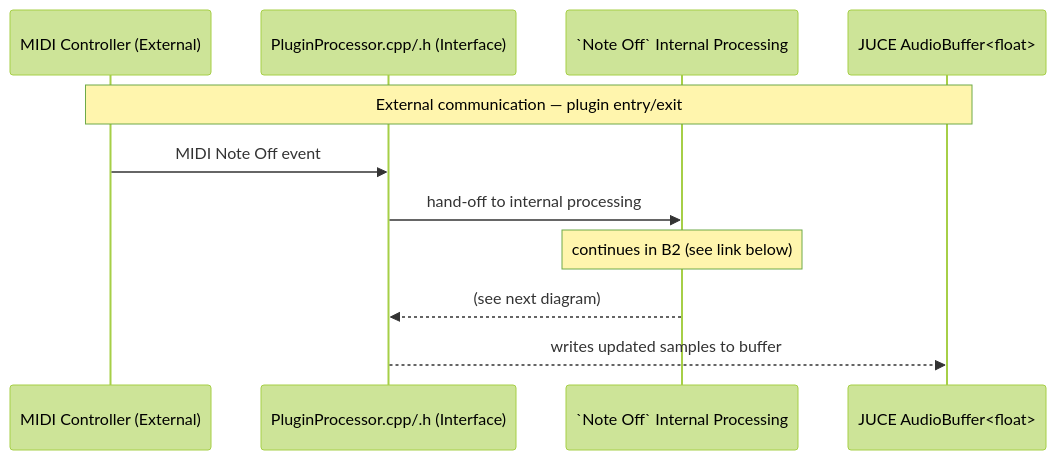
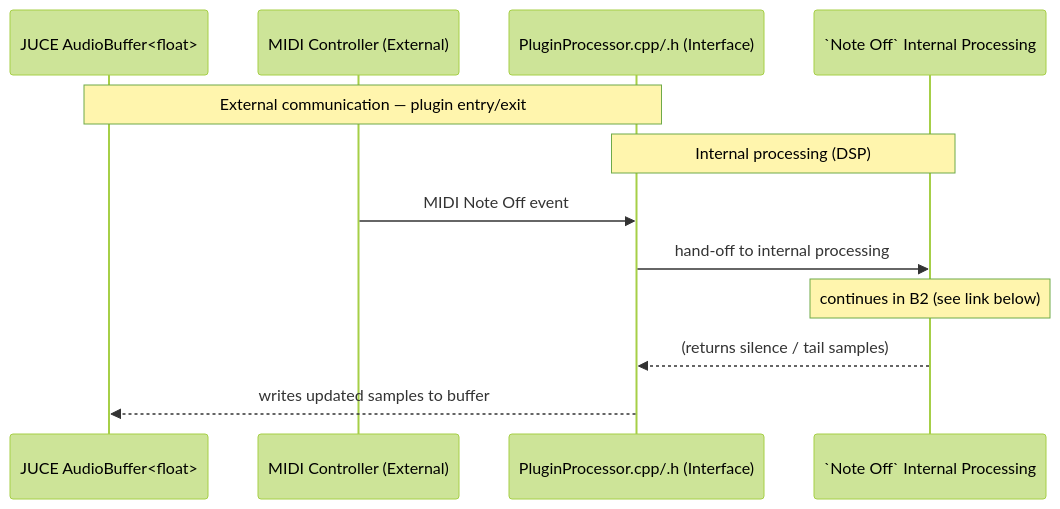
The third of 6 diagrams in docs/architecture.md (TYLERSFOSTER/MIDIControl001), drawn with Mermaid (forest theme) before and after one commit. The commit also changed other lines of this file, not shown here.

Commit message:
plugin design

````diff
--- a/docs/architecture.md
+++ b/docs/architecture.md
@@ -63,14 +100,15 @@
 ```mermaid
 sequenceDiagram
+participant Buffer as JUCE AudioBuffer<float>
 participant MIDI as MIDI Controller (External)
 participant PluginProcessor as PluginProcessor.cpp/.h (Interface)
 participant Ref as `Note Off` Internal Processing
-participant Buffer as JUCE AudioBuffer<float>
 
-Note over MIDI,Buffer: External communication — plugin entry/exit
+Note over Buffer,PluginProcessor: External communication — plugin entry/exit
+Note over PluginProcessor,Ref: Internal processing (DSP)
 MIDI->>PluginProcessor: MIDI Note Off event
 PluginProcessor->>Ref: hand-off to internal processing
 Note over Ref: continues in B2 (see link below)
-Ref-->>PluginProcessor: (see next diagram)
+Ref-->>PluginProcessor: (returns silence / tail samples)
 PluginProcessor-->>Buffer: writes updated samples to buffer
 ```
````
